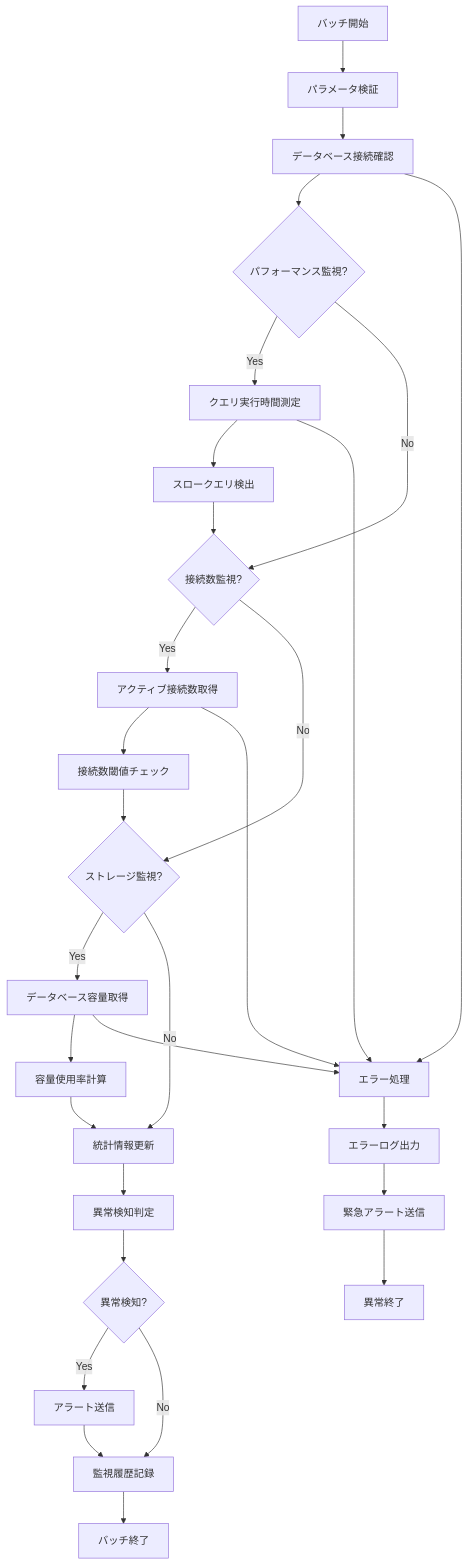
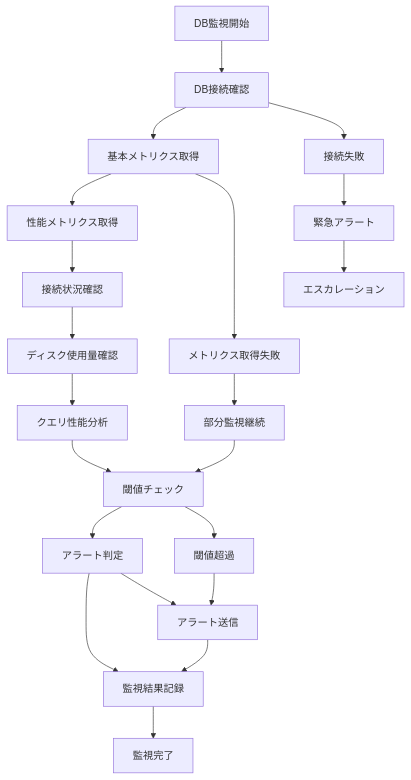
Before and after one commit to sas-dx/skill-report-web: the diagram in docs/design/batch/specs/バッチ定義書_BATCH-502_データベース監視バッチ.md, drawn with Mermaid. The commit also changed other lines of this file and 1 other file, not shown here.

````diff
--- a/docs/design/batch/specs/バッチ定義書_BATCH-502_データベース監視バッチ.md
+++ b/docs/design/batch/specs/バッチ定義書_BATCH-502_データベース監視バッチ.md
@@ -56,32 +57,24 @@
 ```mermaid
 flowchart TD
-    A[バッチ開始] --> B[パラメータ検証]
-    B --> C[データベース接続確認]
-    C --> D{パフォーマンス監視?}
-    D -->|Yes| E[クエリ実行時間測定]
-    E --> F[スロークエリ検出]
-    D -->|No| G{接続数監視?}
-    F --> G
-    G -->|Yes| H[アクティブ接続数取得]
-    H --> I[接続数閾値チェック]
-    G -->|No| J{ストレージ監視?}
-    I --> J
-    J -->|Yes| K[データベース容量取得]
-    K --> L[容量使用率計算]
-    J -->|No| M[統計情報更新]
-    L --> M
-    M --> N[異常検知判定]
-    N --> O{異常検知?}
-    O -->|Yes| P[アラート送信]
-    O -->|No| Q[監視履歴記録]
-    P --> Q
-    Q --> R[バッチ終了]
+    A[DB監視開始] --> B[DB接続確認]
+    B --> C[基本メトリクス取得]
+    C --> D[性能メトリクス取得]
+    D --> E[接続状況確認]
+    E --> F[ディスク使用量確認]
+    F --> G[クエリ性能分析]
+    G --> H[閾値チェック]
+    H --> I[アラート判定]
+    I --> J[監視結果記録]
+    J --> K[監視完了]
     
-    C --> S[エラー処理]
-    E --> S
-    H --> S
-    K --> S
-    S --> T[エラーログ出力]
-    T --> U[緊急アラート送信]
-    U --> V[異常終了]
+    B --> L[接続失敗]
+    C --> M[メトリクス取得失敗]
+    H --> N[閾値超過]
+    I --> O[アラート送信]
+    L --> P[緊急アラート]
+    M --> Q[部分監視継続]
+    N --> O
+    O --> J
+    P --> R[エスカレーション]
+    Q --> H
 ```
````
